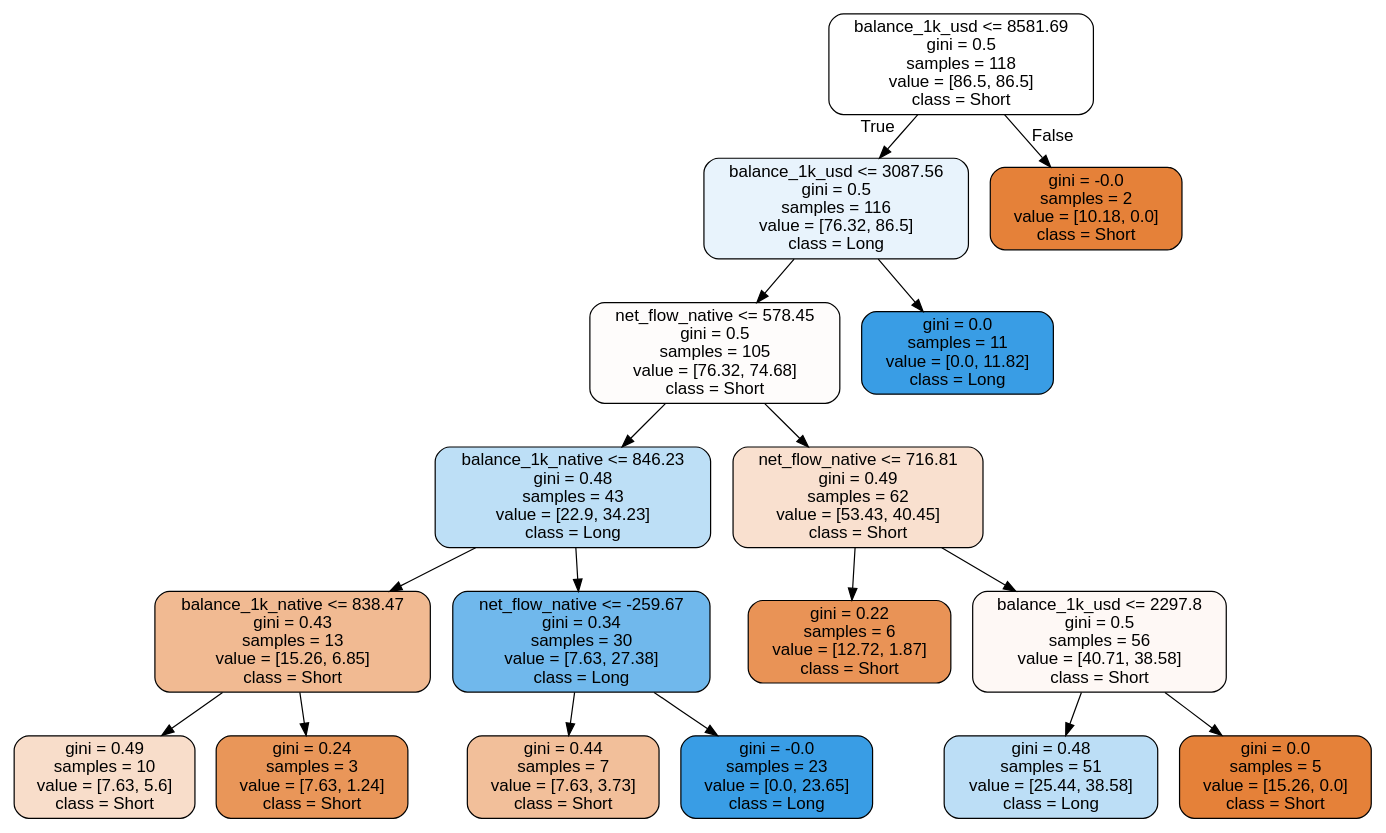
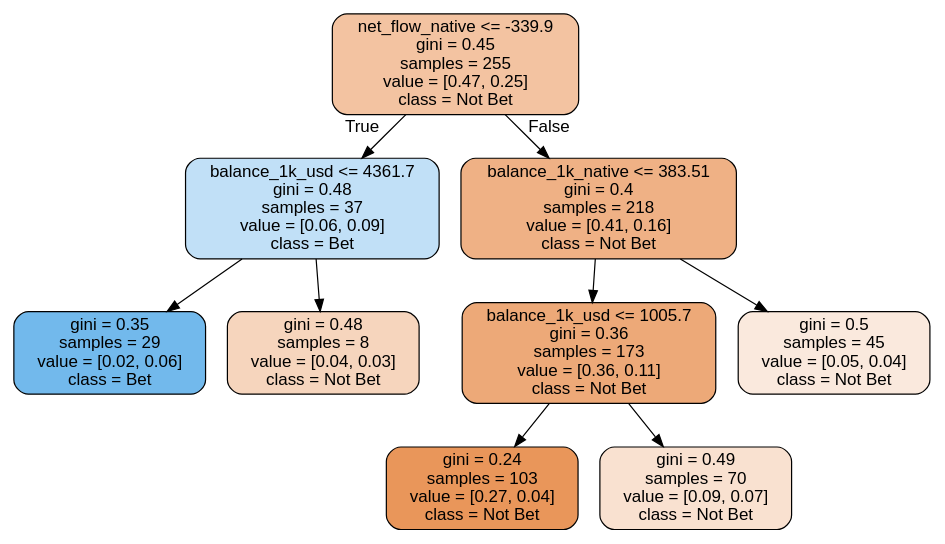
Before and after one commit to Ericclck/FinancialModeling: the diagram in plots/BTC/balance/tree/rf_2.dot, drawn with Graphviz. The commit also changed 29 other files, not shown here.

```diff
--- a/plots/BTC/balance/tree/rf_2.dot
+++ b/plots/BTC/balance/tree/rf_2.dot
@@ -1,37 +1,21 @@
 digraph Tree {
 node [shape=box, style="filled, rounded", color="black", fontname="helvetica"] ;
 edge [fontname="helvetica"] ;
-0 [label="balance_1k_usd <= 8581.69\ngini = 0.5\nsamples = 118\nvalue = [86.5, 86.5]\nclass = Short", fillcolor="#ffffff"] ;
-1 [label="balance_1k_usd <= 3087.56\ngini = 0.5\nsamples = 116\nvalue = [76.32, 86.5]\nclass = Long", fillcolor="#e8f3fc"] ;
+0 [label="net_flow_native <= -339.9\ngini = 0.45\nsamples = 255\nvalue = [0.47, 0.25]\nclass = Not Bet", fillcolor="#f3c3a1"] ;
+1 [label="balance_1k_usd <= 4361.7\ngini = 0.48\nsamples = 37\nvalue = [0.06, 0.09]\nclass = Bet", fillcolor="#c1e0f7"] ;
 0 -> 1 [labeldistance=2.5, labelangle=45, headlabel="True"] ;
-2 [label="net_flow_native <= 578.45\ngini = 0.5\nsamples = 105\nvalue = [76.32, 74.68]\nclass = Short", fillcolor="#fefcfb"] ;
+2 [label="gini = 0.35\nsamples = 29\nvalue = [0.02, 0.06]\nclass = Bet", fillcolor="#72b9ec"] ;
 1 -> 2 ;
-3 [label="balance_1k_native <= 846.23\ngini = 0.48\nsamples = 43\nvalue = [22.9, 34.23]\nclass = Long", fillcolor="#bddff6"] ;
-2 -> 3 ;
-4 [label="balance_1k_native <= 838.47\ngini = 0.43\nsamples = 13\nvalue = [15.26, 6.85]\nclass = Short", fillcolor="#f1ba92"] ;
-3 -> 4 ;
-5 [label="gini = 0.49\nsamples = 10\nvalue = [7.63, 5.6]\nclass = Short", fillcolor="#f8ddca"] ;
+3 [label="gini = 0.48\nsamples = 8\nvalue = [0.04, 0.03]\nclass = Not Bet", fillcolor="#f6d5bd"] ;
+1 -> 3 ;
+4 [label="balance_1k_native <= 383.51\ngini = 0.4\nsamples = 218\nvalue = [0.41, 0.16]\nclass = Not Bet", fillcolor="#efb185"] ;
+0 -> 4 [labeldistance=2.5, labelangle=-45, headlabel="False"] ;
+5 [label="balance_1k_usd <= 1005.7\ngini = 0.36\nsamples = 173\nvalue = [0.36, 0.11]\nclass = Not Bet", fillcolor="#eda978"] ;
 4 -> 5 ;
-6 [label="gini = 0.24\nsamples = 3\nvalue = [7.63, 1.24]\nclass = Short", fillcolor="#e99659"] ;
-4 -> 6 ;
-7 [label="net_flow_native <= -259.67\ngini = 0.34\nsamples = 30\nvalue = [7.63, 27.38]\nclass = Long", fillcolor="#70b8ec"] ;
-3 -> 7 ;
-8 [label="gini = 0.44\nsamples = 7\nvalue = [7.63, 3.73]\nclass = Short", fillcolor="#f2bf9a"] ;
-7 -> 8 ;
-9 [label="gini = -0.0\nsamples = 23\nvalue = [0.0, 23.65]\nclass = Long", fillcolor="#399de5"] ;
-7 -> 9 ;
-10 [label="net_flow_native <= 716.81\ngini = 0.49\nsamples = 62\nvalue = [53.43, 40.45]\nclass = Short", fillcolor="#f9e0cf"] ;
-2 -> 10 ;
-11 [label="gini = 0.22\nsamples = 6\nvalue = [12.72, 1.87]\nclass = Short", fillcolor="#e99356"] ;
-10 -> 11 ;
-12 [label="balance_1k_usd <= 2297.8\ngini = 0.5\nsamples = 56\nvalue = [40.71, 38.58]\nclass = Short", fillcolor="#fef8f5"] ;
-10 -> 12 ;
-13 [label="gini = 0.48\nsamples = 51\nvalue = [25.44, 38.58]\nclass = Long", fillcolor="#bcdef6"] ;
-12 -> 13 ;
-14 [label="gini = 0.0\nsamples = 5\nvalue = [15.26, 0.0]\nclass = Short", fillcolor="#e58139"] ;
-12 -> 14 ;
-15 [label="gini = 0.0\nsamples = 11\nvalue = [0.0, 11.82]\nclass = Long", fillcolor="#399de5"] ;
-1 -> 15 ;
-16 [label="gini = -0.0\nsamples = 2\nvalue = [10.18, 0.0]\nclass = Short", fillcolor="#e58139"] ;
-0 -> 16 [labeldistance=2.5, labelangle=-45, headlabel="False"] ;
+6 [label="gini = 0.24\nsamples = 103\nvalue = [0.27, 0.04]\nclass = Not Bet", fillcolor="#e9965a"] ;
+5 -> 6 ;
+7 [label="gini = 0.49\nsamples = 70\nvalue = [0.09, 0.07]\nclass = Not Bet", fillcolor="#f9e1d0"] ;
+5 -> 7 ;
+8 [label="gini = 0.5\nsamples = 45\nvalue = [0.05, 0.04]\nclass = Not Bet", fillcolor="#fae9dd"] ;
+4 -> 8 ;
 }
```
